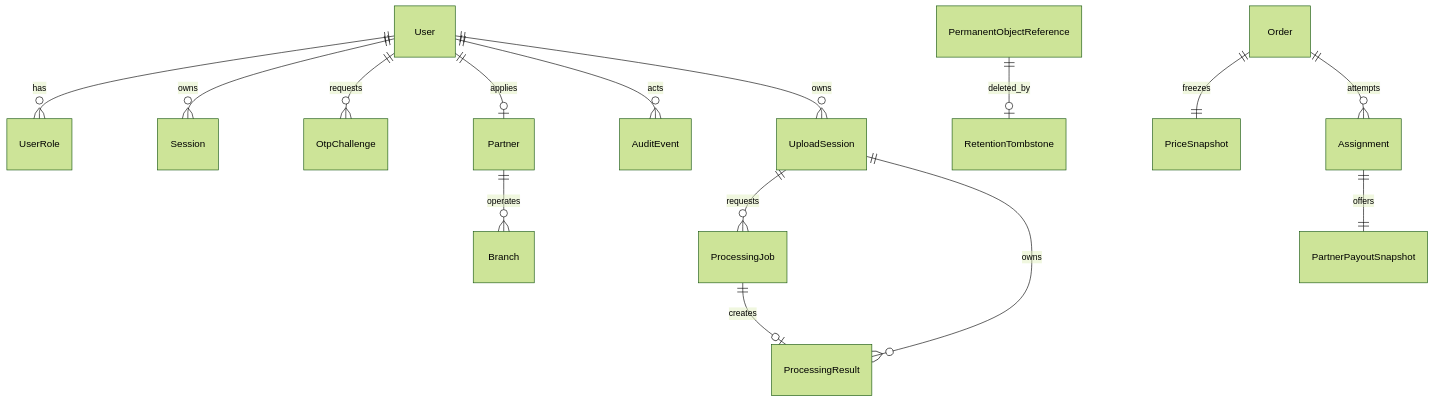
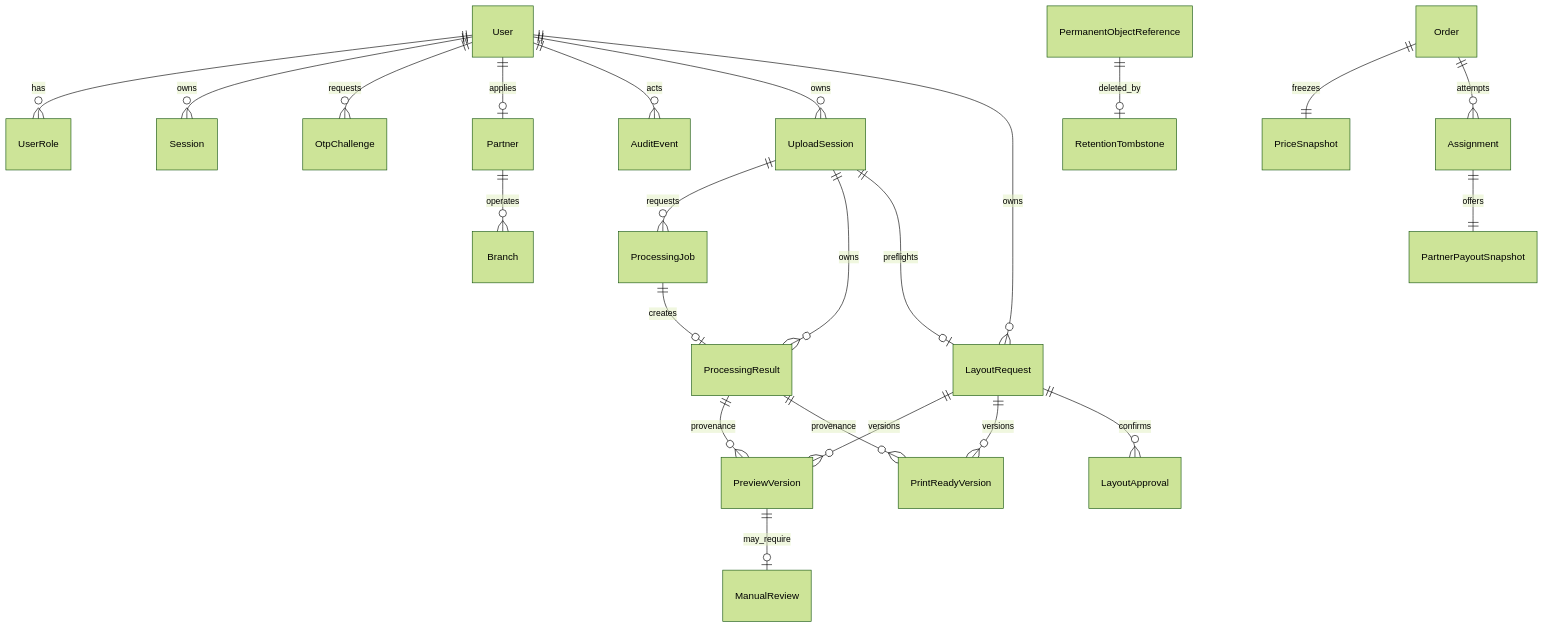
One commit to agata-flowers/agat-print changed the second of 2 diagrams in docs/ARCHITECTURE.md. Above: the diagram before and after it, drawn with Mermaid (forest theme). The commit also changed other lines of this file and 10 other files, not shown here.

````diff
--- a/docs/ARCHITECTURE.md
+++ b/docs/ARCHITECTURE.md
@@ -45,17 +47,25 @@
 ```mermaid
 erDiagram
   User ||--o{ UserRole : has
   User ||--o{ Session : owns
   User ||--o{ OtpChallenge : requests
   User ||--o| Partner : applies
   Partner ||--o{ Branch : operates
   User ||--o{ AuditEvent : acts
   PermanentObjectReference ||--o| RetentionTombstone : deleted_by
   User ||--o{ UploadSession : owns
   UploadSession ||--o{ ProcessingJob : requests
   ProcessingJob ||--o| ProcessingResult : creates
   UploadSession ||--o{ ProcessingResult : owns
+  User ||--o{ LayoutRequest : owns
+  UploadSession ||--o| LayoutRequest : preflights
+  LayoutRequest ||--o{ PreviewVersion : versions
+  LayoutRequest ||--o{ PrintReadyVersion : versions
+  ProcessingResult ||--o{ PreviewVersion : provenance
+  ProcessingResult ||--o{ PrintReadyVersion : provenance
+  LayoutRequest ||--o{ LayoutApproval : confirms
+  PreviewVersion ||--o| ManualReview : may_require
   Order ||--|| PriceSnapshot : freezes
   Order ||--o{ Assignment : attempts
   Assignment ||--|| PartnerPayoutSnapshot : offers
 ```
````
